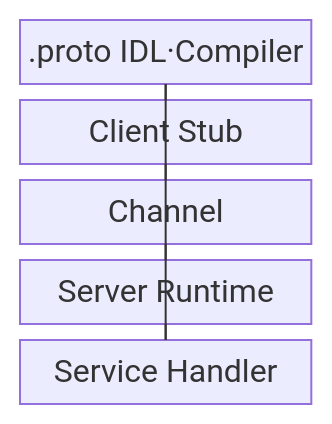
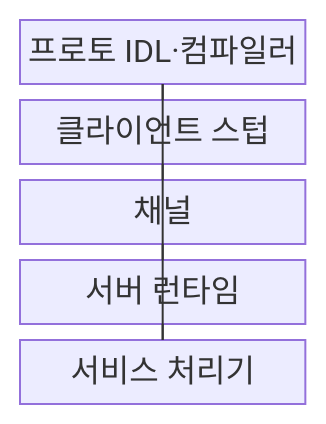
Before and after one commit to agnusdei1207/knowledge-base: the first of 2 diagrams in src/content/docs/notes/03-software/173_grpc.md, drawn with Mermaid. The commit also changed other lines of this file and 20 other files, not shown here.

````diff
--- a/src/content/docs/notes/03-software/173_grpc.md
+++ b/src/content/docs/notes/03-software/173_grpc.md
@@ -56,14 +66,14 @@
 ```mermaid
-block-beta
+block
     columns 1
-    A[".proto IDL·Compiler"]
-    B["Client Stub"]
-    C["Channel"]
-    D["Server Runtime"]
-    E["Service Handler"]
+    A["프로토 IDL·컴파일러"]
+    B["클라이언트 스텁"]
+    C["채널"]
+    D["서버 런타임"]
+    E["서비스 처리기"]
     A --- B
     A --- E
     B --- C
     C --- D
     D --- E
 ```
````
